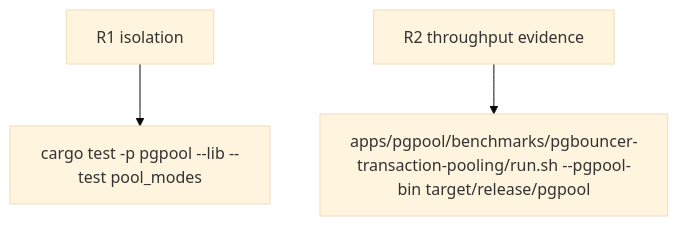
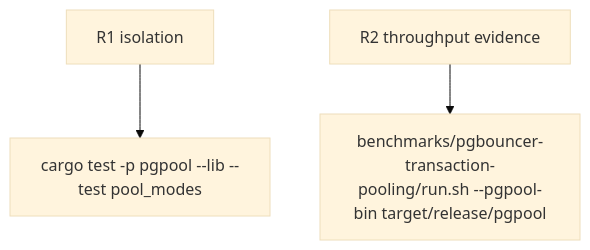
One commit to faberline/pgpool changed the second of 2 diagrams in tech-design/logic/p0-use-tokio-multi-thread-runtime-for-concurrent-proxy-relays.md. Above: the diagram before and after it, drawn with Mermaid (base theme). The commit also changed other lines of this file and 120 other files, not shown here.

````diff
--- a/tech-design/logic/p0-use-tokio-multi-thread-runtime-for-concurrent-proxy-relays.md
+++ b/tech-design/logic/p0-use-tokio-multi-thread-runtime-for-concurrent-proxy-relays.md
@@ -42,21 +42,21 @@
 ```mermaid
 ---
 id: pgpool-multithread-runtime-contract-verification
 requirements:
   isolation:
     id: R1
     text: "Changing runtime worker scheduling does not change transaction pooling reset or lease isolation behavior."
     kind: regression
     risk: high
     verify: cargo test -p pgpool --lib --test pool_modes
   throughput_evidence:
     id: R2
     text: "A corrected release benchmark produces a complete no-error comparison result."
     kind: integration
     risk: high
-    verify: apps/pgpool/benchmarks/pgbouncer-transaction-pooling/run.sh --pgpool-bin target/release/pgpool
+    verify: benchmarks/pgbouncer-transaction-pooling/run.sh --pgpool-bin target/release/pgpool
 ---
 flowchart TD
     r1[R1 isolation] --> cargo_test_p_pgpool_lib_test_pool_modes[cargo test -p pgpool --lib --test pool_modes]
-    r2[R2 throughput evidence] --> apps_pgpool_benchmarks_pgbouncer_transaction_pooling_run_sh_pgpool_bin_target_release_pgpool[apps/pgpool/benchmarks/pgbouncer-transaction-pooling/run.sh --pgpool-bin target/release/pgpool]
+    r2[R2 throughput evidence] --> apps_pgpool_benchmarks_pgbouncer_transaction_pooling_run_sh_pgpool_bin_target_release_pgpool[benchmarks/pgbouncer-transaction-pooling/run.sh --pgpool-bin target/release/pgpool]
 ```
````
